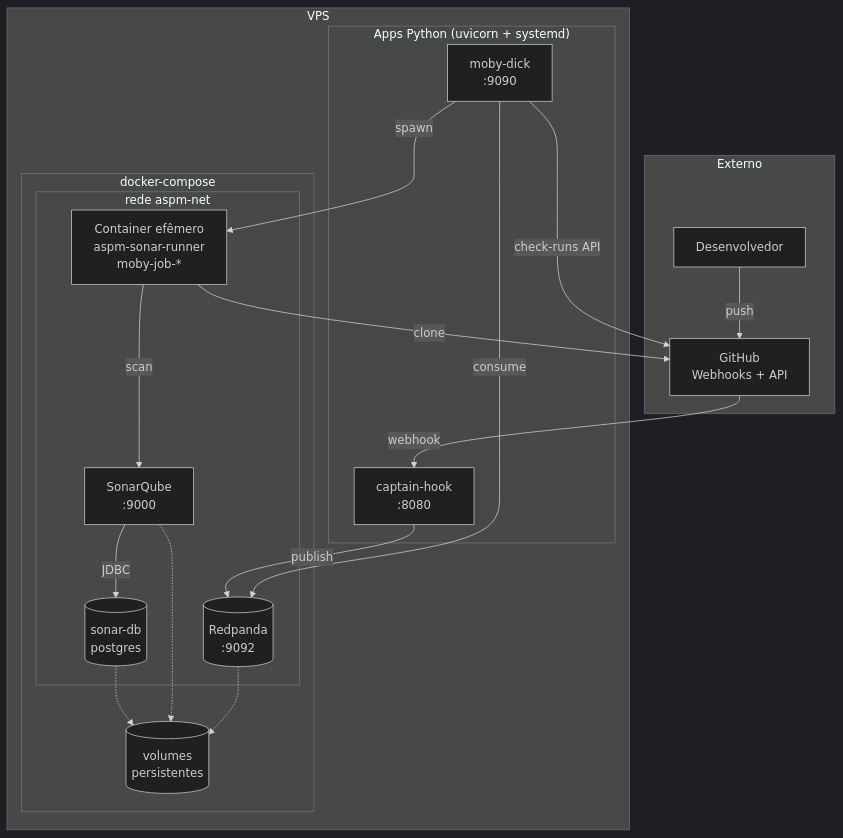
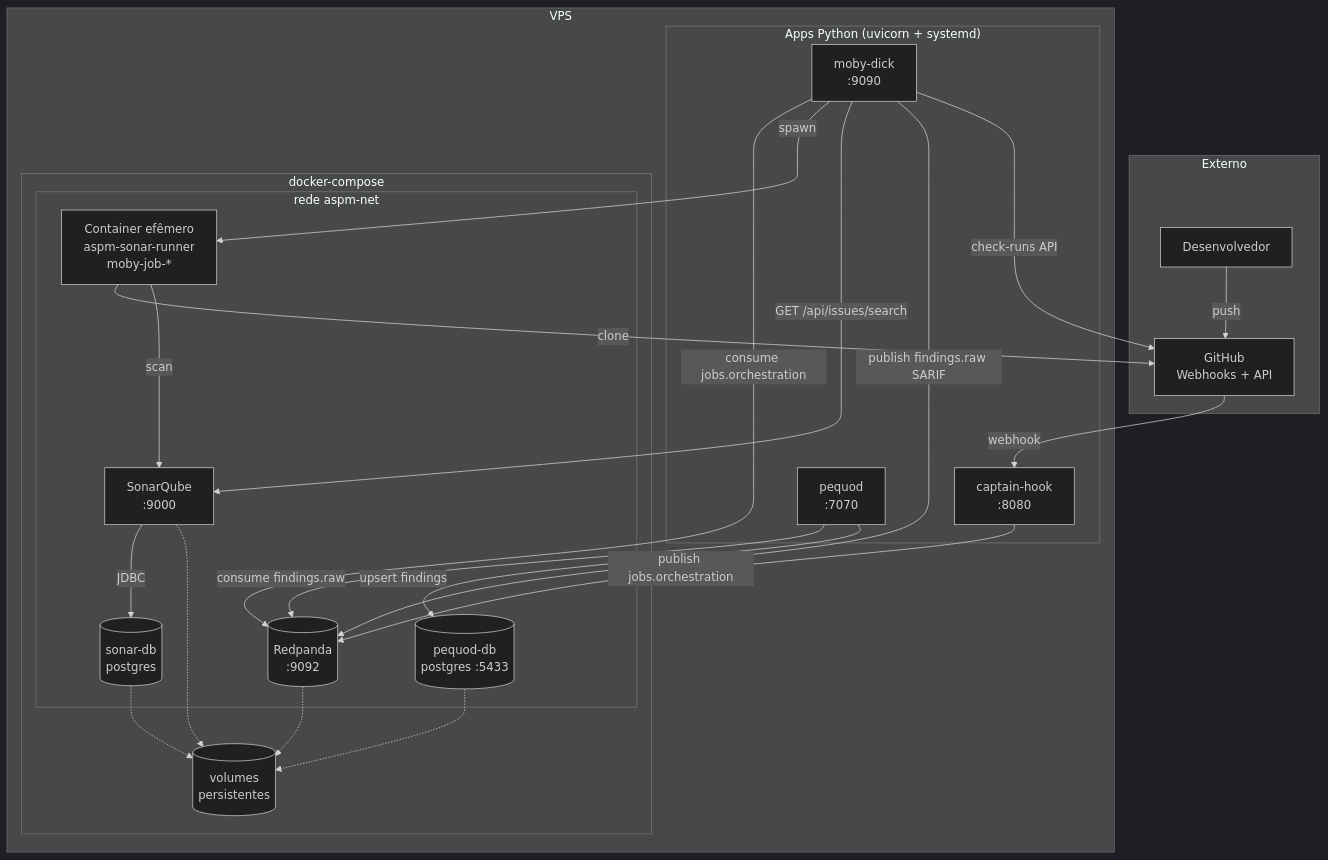
One commit to OdinEye-FIAP/aspm-docs changed the first of 2 diagrams in docs/overview/architecture.md. Above: the diagram before and after it, drawn with Mermaid (dark theme). The commit also changed other lines of this file and 10 other files, not shown here.

First line of the commit message:
docs: sincroniza com pipeline findings.raw + pequod

````diff
--- a/docs/overview/architecture.md
+++ b/docs/overview/architecture.md
@@ -5,37 +5,44 @@
 ```mermaid
 flowchart TB
     subgraph external[" Externo "]
         Dev[Desenvolvedor]
         GH[GitHub<br/>Webhooks + API]
     end
 
     subgraph host[" VPS "]
         subgraph apps[" Apps Python (uvicorn + systemd) "]
             CH[captain-hook<br/>:8080]
             MD[moby-dick<br/>:9090]
+            PQ[pequod<br/>:7070]
         end
 
         subgraph compose[" docker-compose "]
             subgraph net[" rede aspm-net "]
                 RP[(Redpanda<br/>:9092)]
                 SQ[SonarQube<br/>:9000]
                 SDB[(sonar-db<br/>postgres)]
+                PDB[(pequod-db<br/>postgres :5433)]
                 SR[Container efêmero<br/>aspm-sonar-runner<br/>moby-job-*]
             end
             VOL[(volumes<br/>persistentes)]
         end
     end
 
     Dev -->|push| GH
     GH -->|webhook| CH
-    CH -->|publish| RP
-    MD -->|consume| RP
+    CH -->|publish jobs.orchestration| RP
+    MD -->|consume jobs.orchestration| RP
     MD -->|spawn| SR
+    MD -->|GET /api/issues/search| SQ
+    MD -->|publish findings.raw SARIF| RP
     MD -->|check-runs API| GH
+    PQ -->|consume findings.raw| RP
+    PQ -->|upsert findings| PDB
     SR -->|clone| GH
     SR -->|scan| SQ
     SQ -->|JDBC| SDB
     SDB -.-> VOL
+    PDB -.-> VOL
     SQ -.-> VOL
     RP -.-> VOL
 ```
````
